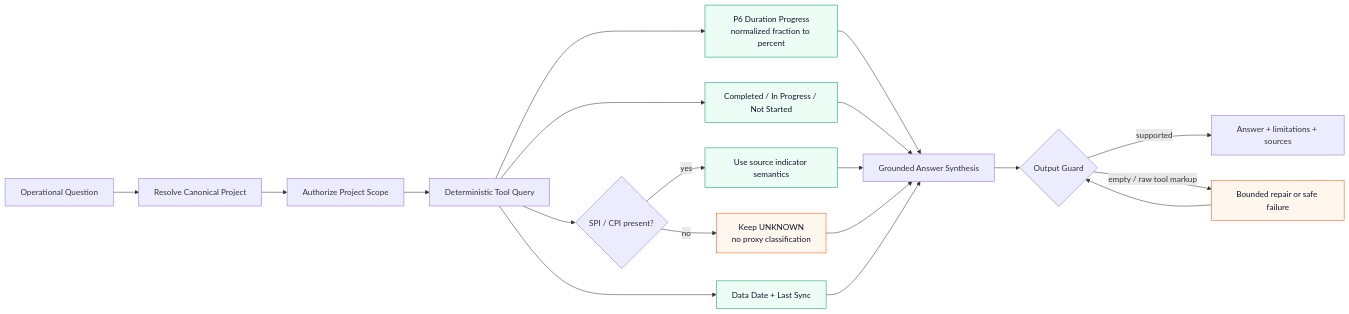
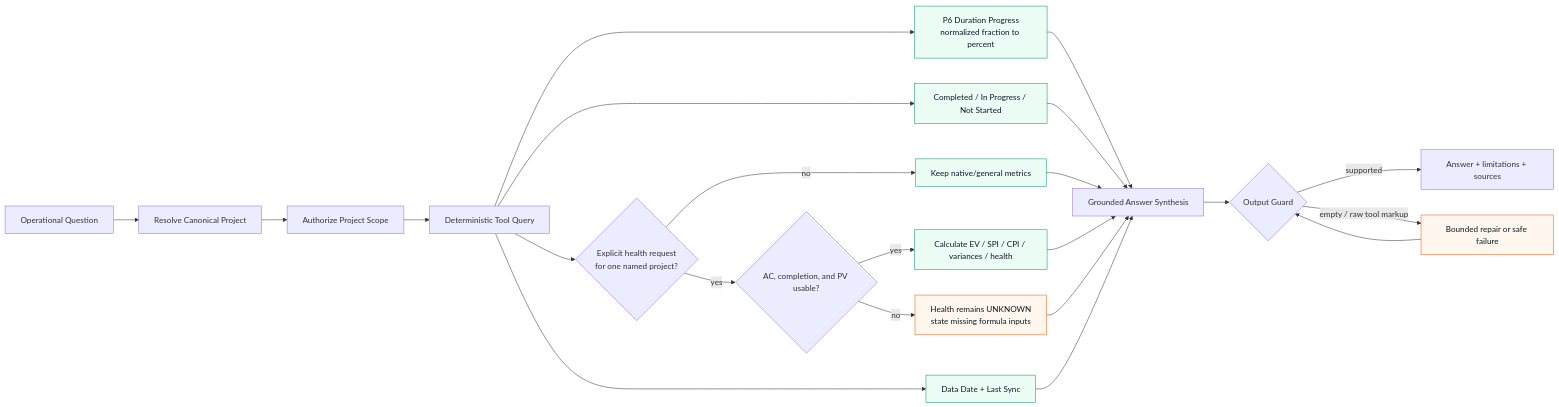
Before and after one commit to PraveenGunja-dev/Akasha: the fifth of 6 diagrams in CHATBOT_ARCHITECTURE.md, drawn with Mermaid. The commit also changed other lines of this file and 10 other files, not shown here.

Commit message:
feat: scope project health calculations

````diff
--- a/CHATBOT_ARCHITECTURE.md
+++ b/CHATBOT_ARCHITECTURE.md
@@ -481,30 +481,33 @@
 ```mermaid
 flowchart LR
     Question["Operational Question"] --> Resolve["Resolve Canonical Project"]
     Resolve --> Authorize["Authorize Project Scope"]
     Authorize --> Query["Deterministic Tool Query"]
 
     Query --> Progress["P6 Duration Progress\nnormalized fraction to percent"]
     Query --> Counts["Completed / In Progress / Not Started"]
-    Query --> Indicators{"SPI / CPI present?"}
     Query --> Freshness["Data Date + Last Sync"]
+    Query --> HealthIntent{"Explicit health request\nfor one named project?"}
 
-    Indicators -->|yes| Classify["Use source indicator semantics"]
-    Indicators -->|no| Unknown["Keep UNKNOWN\nno proxy classification"]
+    HealthIntent -->|no| Native["Keep native/general metrics"]
+    HealthIntent -->|yes| Indicators{"AC, completion, and PV usable?"}
+    Indicators -->|yes| Classify["Calculate EV / SPI / CPI / variances / health"]
+    Indicators -->|no| Unknown["Health remains UNKNOWN\nstate missing formula inputs"]
 
     Progress --> Synthesis["Grounded Answer Synthesis"]
     Counts --> Synthesis
+    Native --> Synthesis
     Classify --> Synthesis
     Unknown --> Synthesis
     Freshness --> Synthesis
 
     Synthesis --> Guard{"Output Guard"}
     Guard -->|supported| Answer["Answer + limitations + sources"]
     Guard -->|empty / raw tool markup| Repair["Bounded repair or safe failure"]
     Repair --> Guard
 
     classDef fact fill:#ecfdf5,stroke:#059669,color:#0f172a;
     classDef warning fill:#fff7ed,stroke:#ea580c,color:#0f172a;
-    class Progress,Counts,Freshness,Classify fact;
+    class Progress,Counts,Freshness,Native,Classify fact;
     class Unknown,Repair warning;
 ```
````
